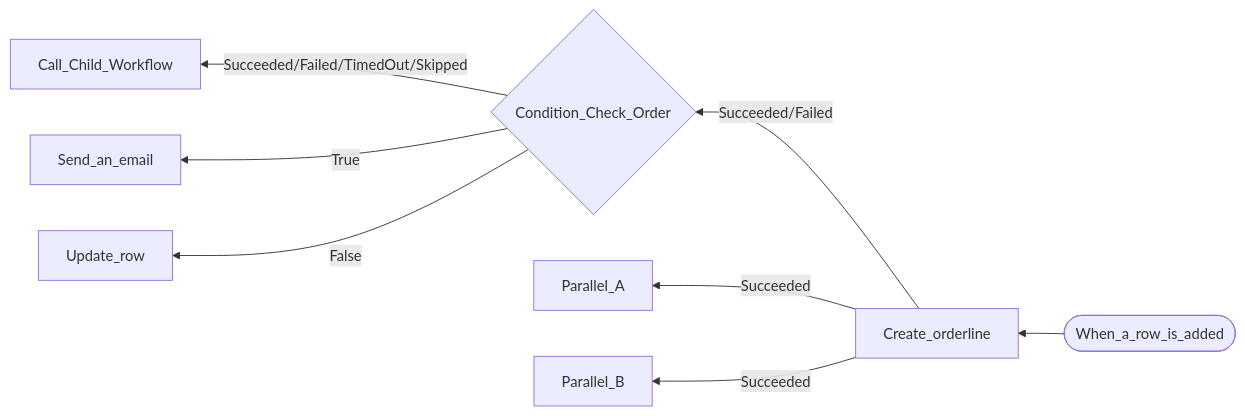
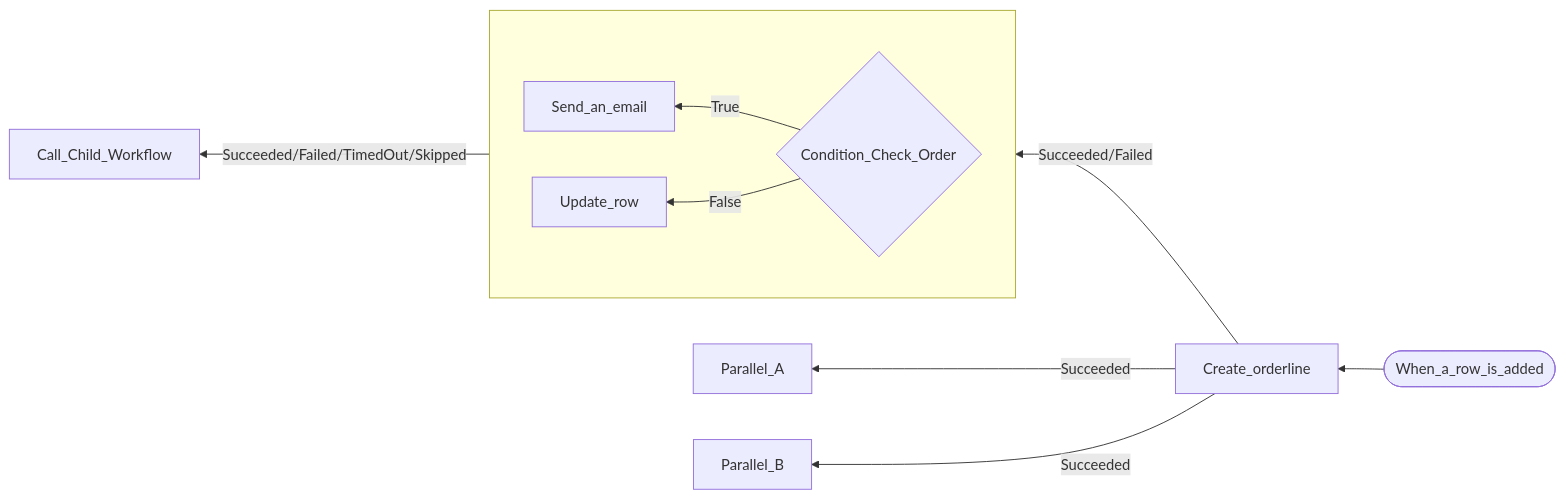
Before and after one commit to autosysops/PowerShell_PowerPlatformChecker: the diagram in tests/fixtures/expected/FlowChart.SampleFlow.RL.expected.md, drawn with Mermaid. The commit also changed 92 other files, not shown here.

Commit message:
fixed flowchart generation and cleaned up code, also made exported graph for architecture diagrams better and made setting styles easiers

```diff
--- a/tests/fixtures/expected/FlowChart.SampleFlow.RL.expected.md
+++ b/tests/fixtures/expected/FlowChart.SampleFlow.RL.expected.md
@@ -1,18 +1,21 @@
 :::mermaid
 flowchart RL
 action0(["When_a_row_is_added"])
 action1["Call_Child_Workflow"]
+action5["Create_orderline"]
+action6["Parallel_A"]
+action7["Parallel_B"]
+subgraph action4_group[" "]
+direction RL
 action2["Send_an_email"]
 action3["Update_row"]
 action4{"Condition_Check_Order"}
-action5["Create_orderline"]
-action6["Parallel_A"]
-action7["Parallel_B"]
-action4 -- Succeeded/Failed/TimedOut/Skipped --> action1
+action4 -- False --> action3
 action4 -- True --> action2
-action4 -- False --> action3
-action5 -- Succeeded/Failed --> action4
+end
 action0 --> action5
+action4_group -- Succeeded/Failed/TimedOut/Skipped --> action1
 action5 -- Succeeded --> action6
 action5 -- Succeeded --> action7
+action5 -- Succeeded/Failed --> action4_group
 :::
```
